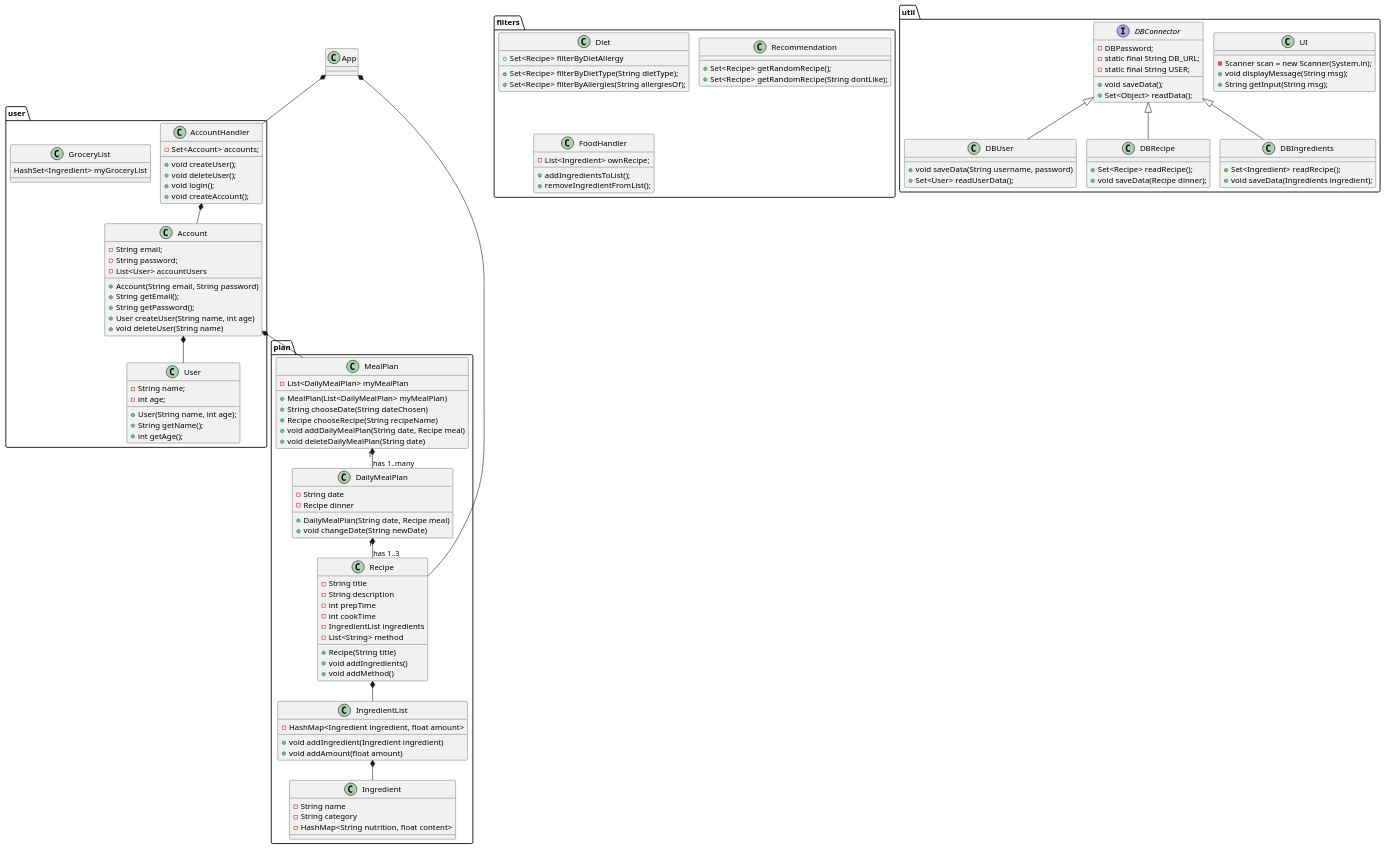
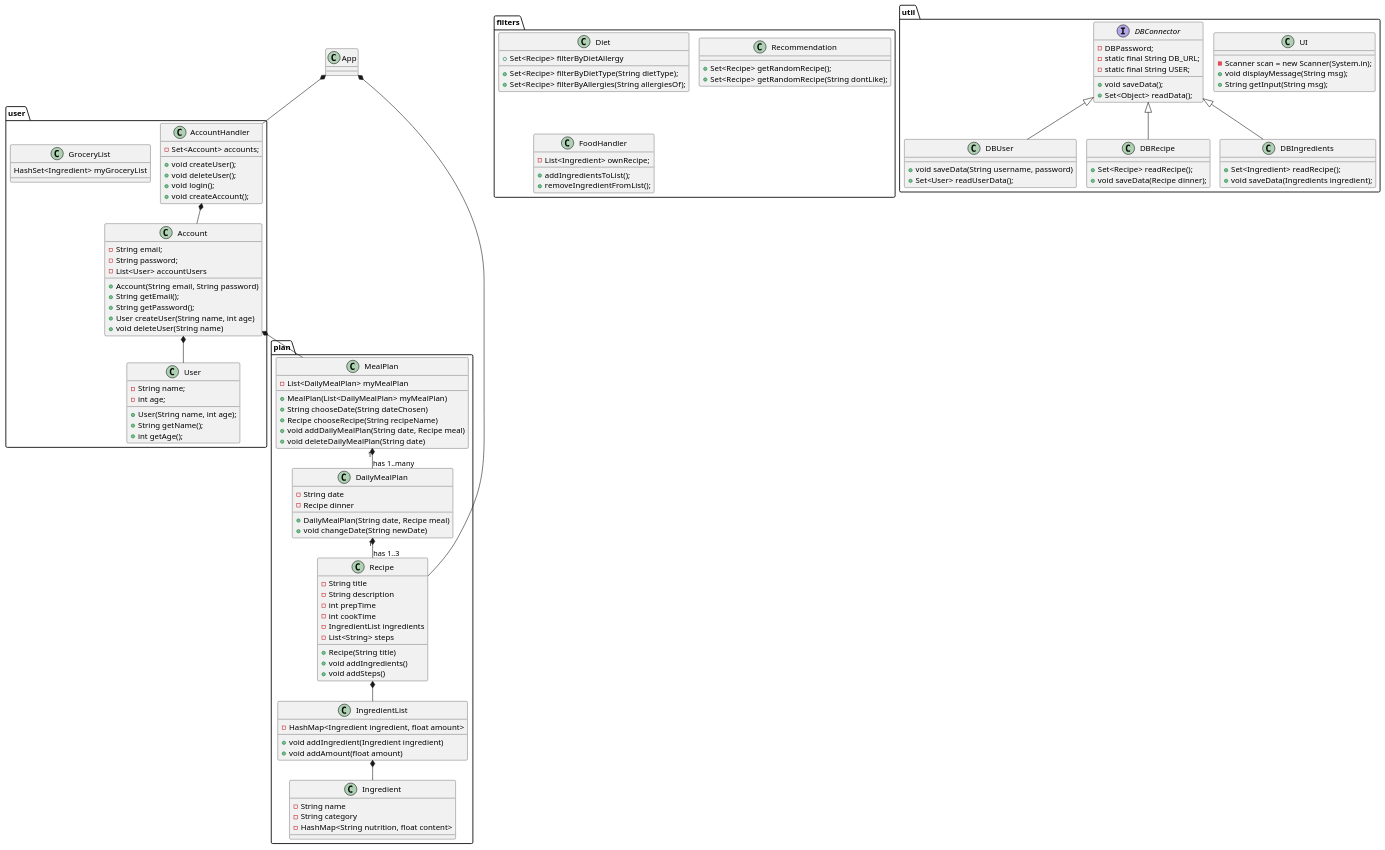
The diagram in Documents/Class Diagram.puml (lassekh/ICE), drawn with PlantUML before and after one commit. The commit also changed 2 other files, not shown here.

```diff
--- a/Documents/Class Diagram.puml
+++ b/Documents/Class Diagram.puml
@@ -1,137 +1,137 @@
 @startuml
 'https://plantuml.com/class-diagram
 !pragma layout smetana
 
 class App
 
 package "user"{
 class Account
 class AccountHandler
 class User
 class GroceryList
 }
 
 package "plan"{
 class MealPlan
 class DailyMealPlan
 class Recipe
 class IngredientList
 class Ingredient
 }
 
 package "filters"{
 class Diet
 class Recommendation
 class FoodHandler
 }
 
 package "util"{
 class UI
 interface DBConnector
 class DBUser
 class DBRecipe
 class DBIngredients
 }
 
 'Label on relations
 App *-- AccountHandler
 App *-- Recipe
 AccountHandler *-- Account
 Account *-- User
 Account *-- MealPlan
 MealPlan "1" *-- "has 1..many" DailyMealPlan
 DailyMealPlan "1" *-- "has 1..3" Recipe
 Recipe *-- IngredientList
 IngredientList *-- Ingredient
 DBConnector <|-- DBUser
 DBConnector <|-- DBRecipe
 DBConnector <|-- DBIngredients
 
 'Methods and attributes
 Account : - String email;
 Account : - String password;
 Account : - List<User> accountUsers
 Account : + Account(String email, String password)
 Account : + String getEmail();
 Account : + String getPassword();
 Account : + User createUser(String name, int age)
 Account : + void deleteUser(String name)
 
 AccountHandler : + void createUser();
 AccountHandler : + void deleteUser();
 AccountHandler : + void login();
 AccountHandler : + void createAccount();
 AccountHandler : - Set<Account> accounts;
 
 User : - String name;
 User : - int age;
 User : + User(String name, int age);
 User : + String getName();
 User : + int getAge();
 
 MealPlan : - List<DailyMealPlan> myMealPlan
 MealPlan : + MealPlan(List<DailyMealPlan> myMealPlan)
 MealPlan : + String chooseDate(String dateChosen)
 MealPlan : + Recipe chooseRecipe(String recipeName)
 MealPlan : + void addDailyMealPlan(String date, Recipe meal)
 MealPlan : + void deleteDailyMealPlan(String date)
 
 DailyMealPlan : - String date
 DailyMealPlan : - Recipe dinner
 DailyMealPlan : + DailyMealPlan(String date, Recipe meal)
 DailyMealPlan : + void changeDate(String newDate)
 
 Recipe : - String title
 Recipe : - String description
 Recipe : - int prepTime
 Recipe : - int cookTime
 Recipe : - IngredientList ingredients
-Recipe : - List<String> method
+Recipe : - List<String> steps
 Recipe : + Recipe(String title)
 Recipe : + void addIngredients()
-Recipe : + void addMethod()
+Recipe : + void addSteps()
 
 IngredientList : - HashMap<Ingredient ingredient, float amount>
 IngredientList : + void addIngredient(Ingredient ingredient)
 IngredientList : + void addAmount(float amount)
 
 Ingredient : - String name
 Ingredient : - String category
 Ingredient : - HashMap<String nutrition, float content>
 
 GroceryList : HashSet<Ingredient> myGroceryList
 
 UI : - Scanner scan = new Scanner(System.in);
 UI : + void displayMessage(String msg);
 UI : + String getInput(String msg);
 
 DBConnector : - DBPassword;
 DBConnector : - static final String DB_URL;
 DBConnector : - static final String USER;
 DBConnector : + void saveData();
 DBConnector : + Set<Object> readData();
 
 DBUser : + void saveData(String username, password)
 DBUser : + Set<User> readUserData();
 
 DBRecipe : + Set<Recipe> readRecipe();
 DBRecipe : + void saveData(Recipe dinner);
 
 DBIngredients : + Set<Ingredient> readRecipe();
 DBIngredients : + void saveData(Ingredients ingredient);
 
 Diet : + Set<Recipe> filterByDietType(String dietType);
 Diet : + Set<Recipe> filterByAllergies(String allergiesOf);
 Diet : + Set<Recipe> filterByDietAllergy
 
 Recommendation : + Set<Recipe> getRandomRecipe();
 Recommendation : + Set<Recipe> getRandomRecipe(String dontLike);
 
 FoodHandler : - List<Ingredient> ownRecipe;
 FoodHandler : + addIngredientsToList();
 FoodHandler : + removeIngredientFromList();
 'User *-- Grocerylist
 'Recipe *-- Diet
 'Recipe *-- DBConnector
 'Ingredient *-- DBConnector
 @enduml
```
